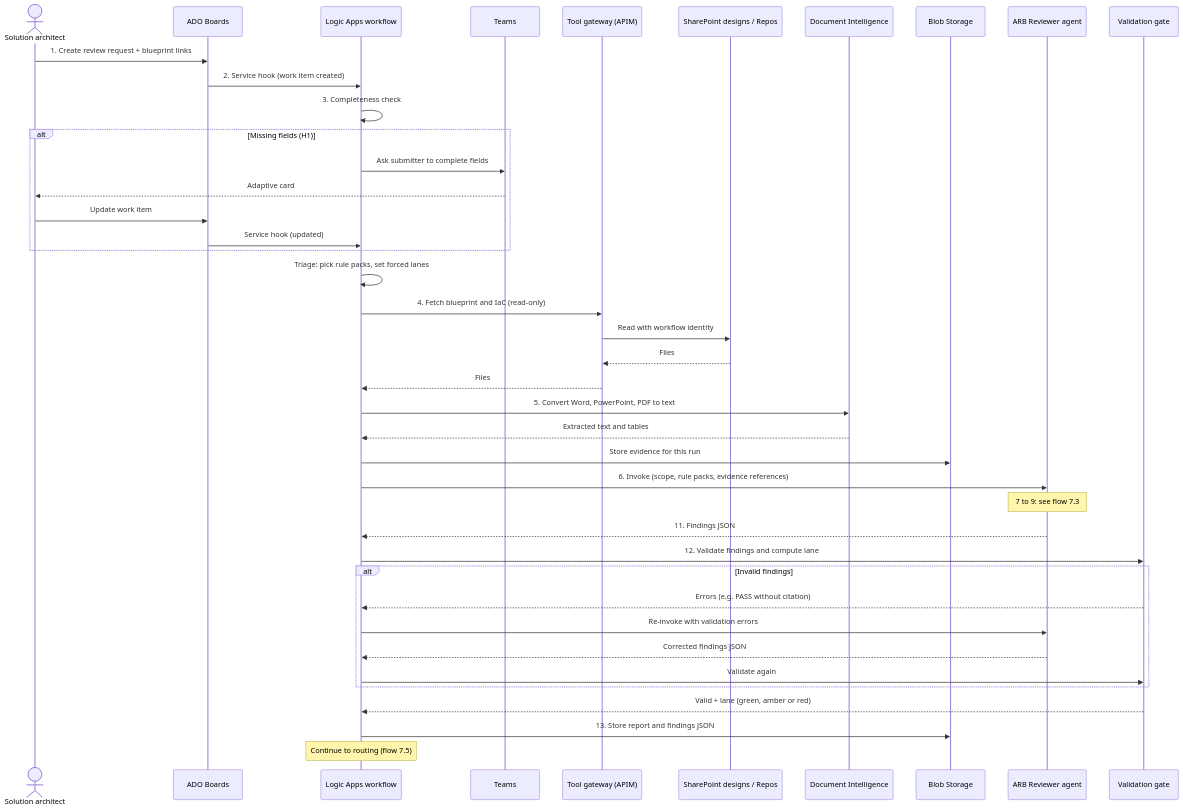
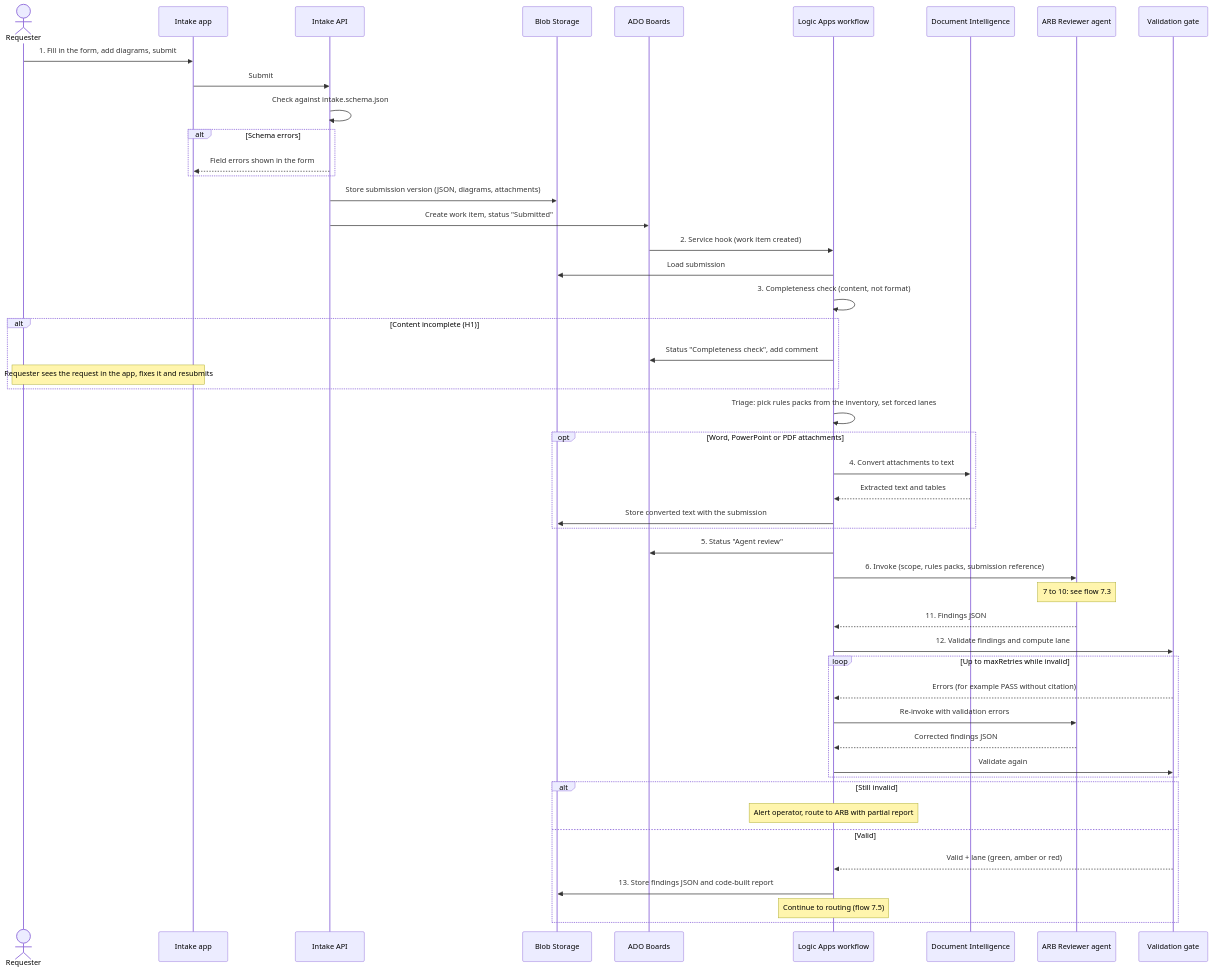
Before and after one commit to itsamitkr/arb-agent-design: the second of 8 diagrams in ARB-Agent-Technical-Design.md, drawn with Mermaid. The commit also changed other lines of this file and 2 other files, not shown here.

First line of the commit message:
TDD v0.2: apply the six agreed review points

````diff
--- a/ARB-Agent-Technical-Design.md
+++ b/ARB-Agent-Technical-Design.md
@@ -296,44 +440,52 @@
 ```mermaid
 sequenceDiagram
-    actor SA as Solution architect
+    actor SA as Requester
+    participant APP as Intake app
+    participant API as Intake API
+    participant BL as Blob Storage
     participant ADO as ADO Boards
     participant LA as Logic Apps workflow
-    participant TM as Teams
-    participant TG as Tool gateway (APIM)
-    participant SRC as SharePoint designs / Repos
     participant DI as Document Intelligence
-    participant BL as Blob Storage
     participant AG as ARB Reviewer agent
     participant FN as Validation gate
 
-    SA->>ADO: 1. Create review request + blueprint links
+    SA->>APP: 1. Fill in the form, add diagrams, submit
+    APP->>API: Submit
+    API->>API: Check against intake.schema.json
+    alt Schema errors
+        API-->>APP: Field errors shown in the form
+    end
+    API->>BL: Store submission version (JSON, diagrams, attachments)
+    API->>ADO: Create work item, status "Submitted"
     ADO->>LA: 2. Service hook (work item created)
-    LA->>LA: 3. Completeness check
-    alt Missing fields (H1)
-        LA->>TM: Ask submitter to complete fields
-        TM-->>SA: Adaptive card
-        SA->>ADO: Update work item
-        ADO->>LA: Service hook (updated)
+    LA->>BL: Load submission
+    LA->>LA: 3. Completeness check (content, not format)
+    alt Content incomplete (H1)
+        LA->>ADO: Status "Completeness check", add comment
+        Note over SA,APP: Requester sees the request in the app, fixes it and resubmits
     end
-    LA->>LA: Triage: pick rule packs, set forced lanes
-    LA->>TG: 4. Fetch blueprint and IaC (read-only)
-    TG->>SRC: Read with workflow identity
-    SRC-->>TG: Files
-    TG-->>LA: Files
-    LA->>DI: 5. Convert Word, PowerPoint, PDF to text
-    DI-->>LA: Extracted text and tables
-    LA->>BL: Store evidence for this run
-    LA->>AG: 6. Invoke (scope, rule packs, evidence references)
-    Note over AG: 7 to 9: see flow 7.3
+    LA->>LA: Triage: pick rules packs from the inventory, set forced lanes
+    opt Word, PowerPoint or PDF attachments
+        LA->>DI: 4. Convert attachments to text
+        DI-->>LA: Extracted text and tables
+        LA->>BL: Store converted text with the submission
+    end
+    LA->>ADO: 5. Status "Agent review"
+    LA->>AG: 6. Invoke (scope, rules packs, submission reference)
+    Note over AG: 7 to 10: see flow 7.3
     AG-->>LA: 11. Findings JSON
     LA->>FN: 12. Validate findings and compute lane
-    alt Invalid findings
-        FN-->>LA: Errors (e.g. PASS without citation)
+    loop Up to maxRetries while invalid
+        FN-->>LA: Errors (for example PASS without citation)
         LA->>AG: Re-invoke with validation errors
         AG-->>LA: Corrected findings JSON
         LA->>FN: Validate again
     end
-    FN-->>LA: Valid + lane (green, amber or red)
-    LA->>BL: 13. Store report and findings JSON
-    Note over LA: Continue to routing (flow 7.5)
+    alt Still invalid
+        Note over LA: Alert operator, route to ARB with partial report
+    else Valid
+        FN-->>LA: Valid + lane (green, amber or red)
+        LA->>BL: 13. Store findings JSON and code-built report
+        Note over LA: Continue to routing (flow 7.5)
+    end
 ```
````
